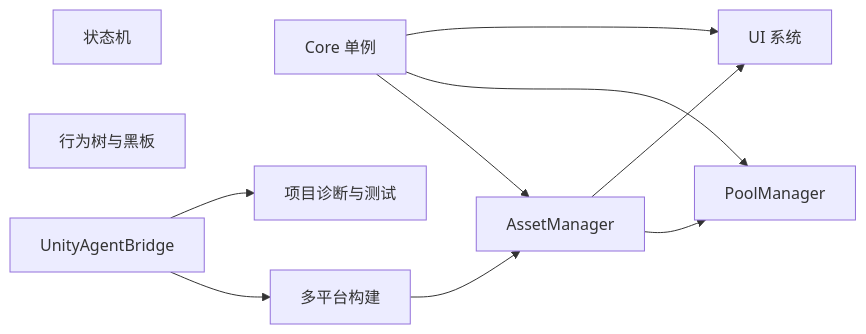
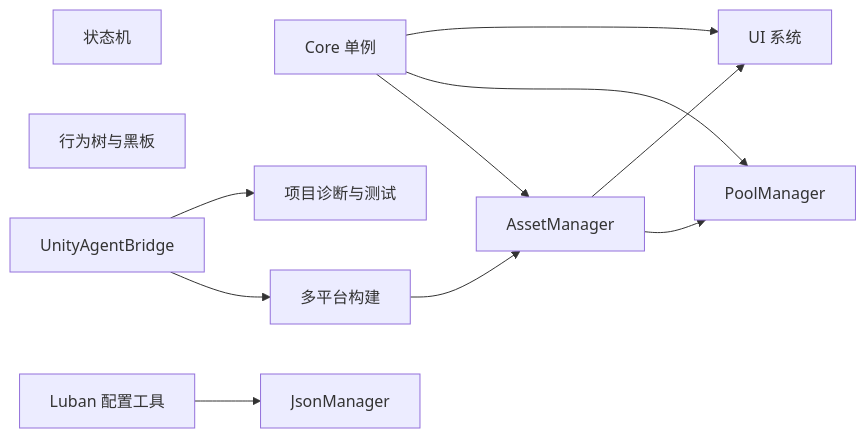
One commit to Sheng2580/ShengGameFrame changed the diagram in README.md. Above: the diagram before and after it, drawn with Mermaid. The commit also changed other lines of this file and 45 other files, not shown here.

Commit message:
feat: add json and luban configuration workflow

````diff
--- a/README.md
+++ b/README.md
@@ -24,13 +26,15 @@
 ```mermaid
 flowchart LR
     Core["Core 单例"] --> Assets["AssetManager"]
     Core --> Pool["PoolManager"]
     Core --> UI["UI 系统"]
     Assets --> Pool
     Assets --> UI
     State["状态机"]
     BT["行为树与黑板"]
+    Json["JsonManager"]
+    Luban["Luban 配置工具"] --> Json
     Build["多平台构建"] --> Assets
     Agent["UnityAgentBridge"] --> Build
     Agent --> Tests["项目诊断与测试"]
 ```
````
